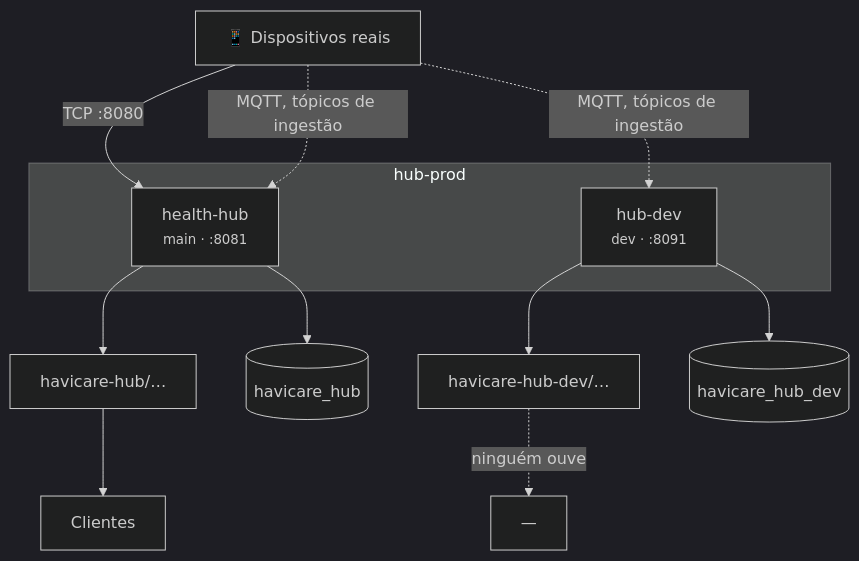
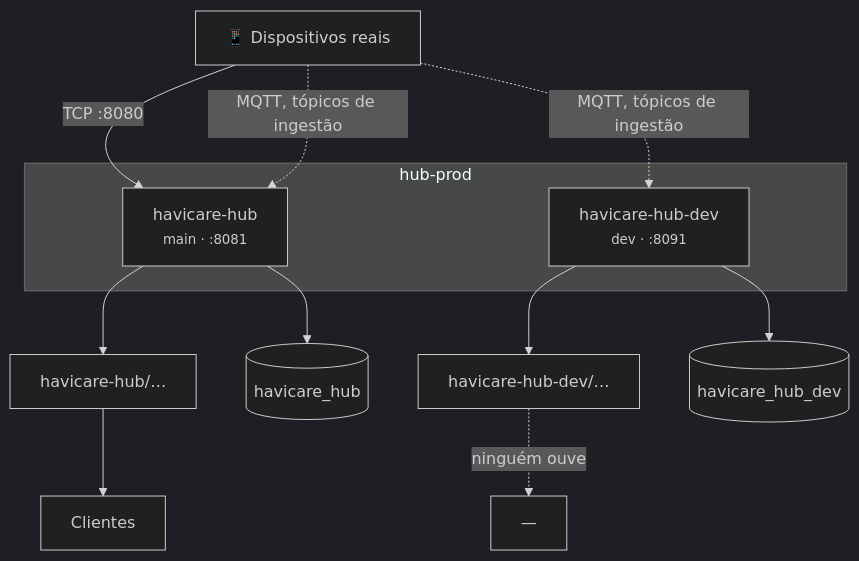
Before and after one commit to hvieira512/havicare-hub: the diagram in docs/15-operacao.md, drawn with Mermaid (dark theme). The commit also changed other lines of this file and 2 other files, not shown here.

First line of the commit message:
refactor(operação): os serviços passam a chamar-se havicare-hub, e o alvo de atualização é um só

````diff
--- a/docs/15-operacao.md
+++ b/docs/15-operacao.md
@@ -31,18 +31,18 @@
 ```mermaid
 flowchart TB
   D["📱 Dispositivos reais"] -->|TCP :8080| P
   D -.->|MQTT, tópicos de ingestão| P
   D -.->|MQTT, tópicos de ingestão| V
 
   subgraph maq["hub-prod"]
-    P["health-hub<br/><small>main · :8081</small>"]
-    V["hub-dev<br/><small>dev · :8091</small>"]
+    P["havicare-hub<br/><small>main · :8081</small>"]
+    V["havicare-hub-dev<br/><small>dev · :8091</small>"]
   end
 
   P --> PB["havicare-hub/…"]
   V --> VB["havicare-hub-dev/…"]
   P --> PD[("havicare_hub")]
   V --> VD[("havicare_hub_dev")]
   PB --> C["Clientes"]
   VB -.->|ninguém ouve| X["—"]
 ```
````
